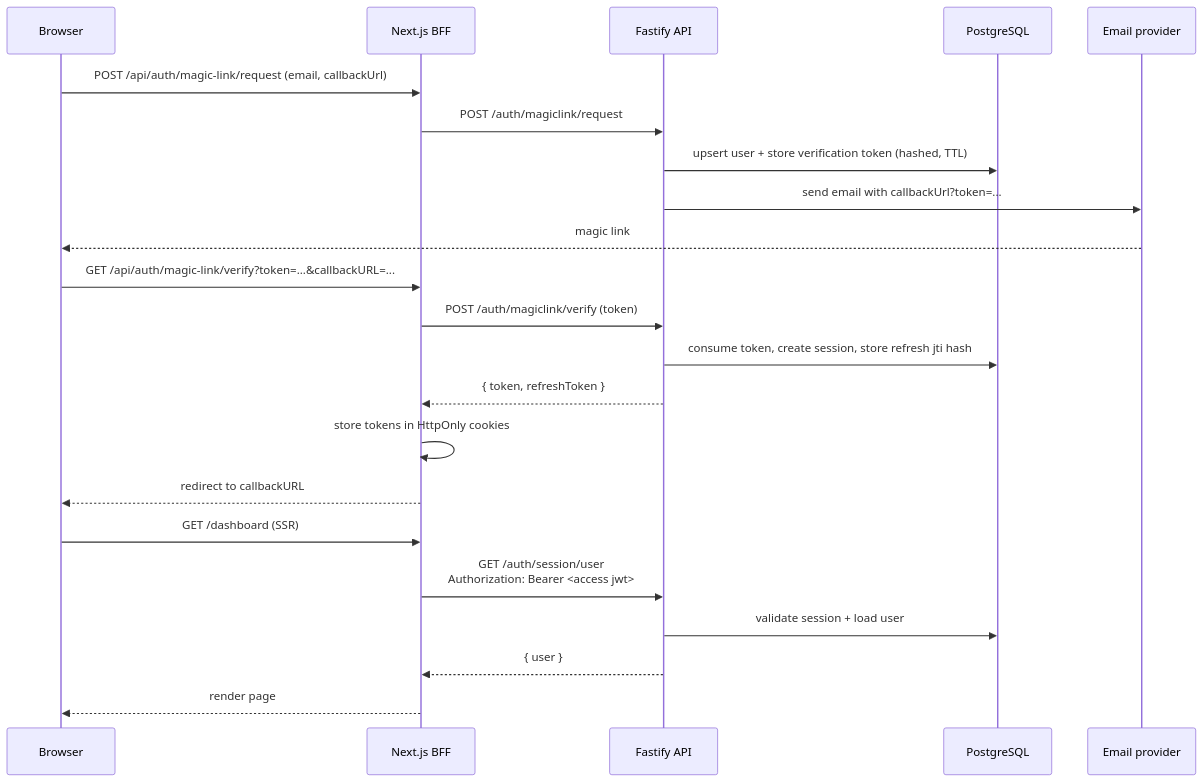
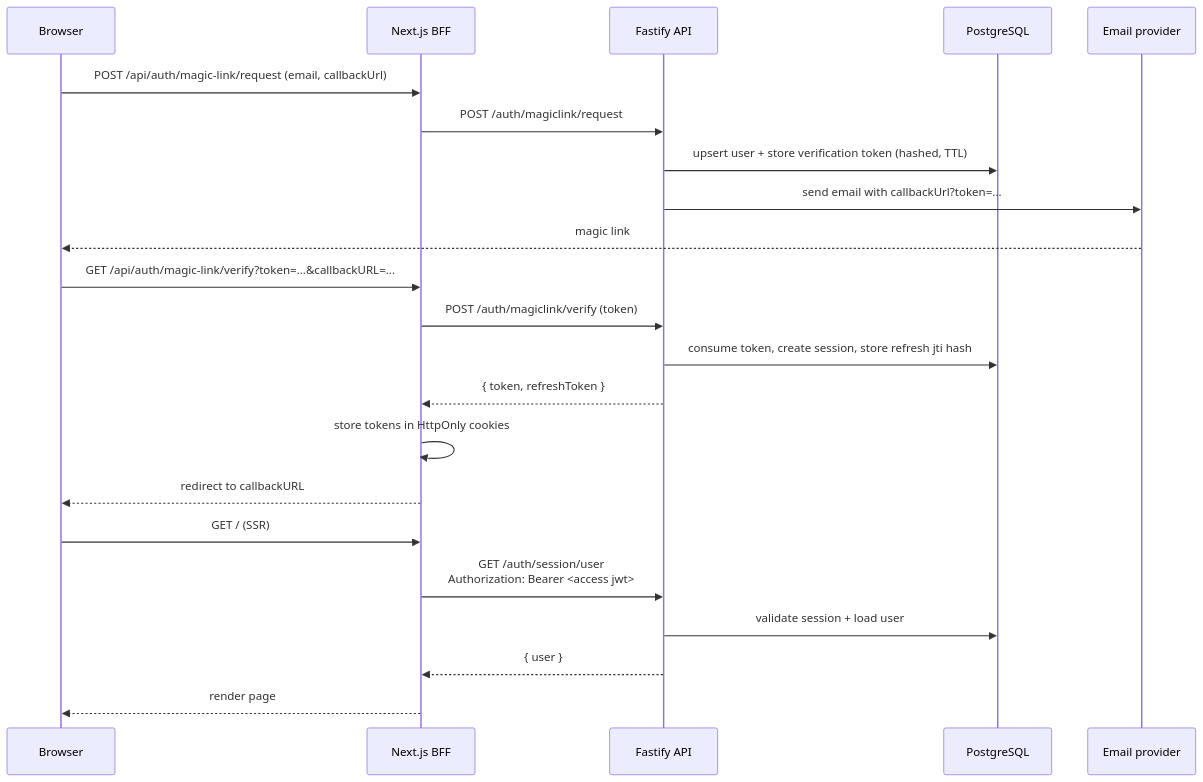
The fifth of 5 diagrams in apps/docu/content/docs/architecture/authentication.mdx (blockmatic/basilic), drawn with Mermaid before and after one commit. The commit also changed 31 other files, not shown here.

Commit message:
feat(next): multi-wallet login flow with two-step UI and Synpress E2E

````diff
--- a/apps/docu/content/docs/architecture/authentication.mdx
+++ b/apps/docu/content/docs/architecture/authentication.mdx
@@ -240,27 +240,27 @@
 ```mermaid
 sequenceDiagram
   participant Browser
   participant NextBFF as Next.js BFF
   participant FastifyAPI as Fastify API
   participant DB as PostgreSQL
   participant Email as Email provider
 
   Browser->>NextBFF: POST /api/auth/magic-link/request (email, callbackUrl)
   NextBFF->>FastifyAPI: POST /auth/magiclink/request
   FastifyAPI->>DB: upsert user + store verification token (hashed, TTL)
   FastifyAPI->>Email: send email with callbackUrl?token=...
   Email-->>Browser: magic link
 
   Browser->>NextBFF: GET /api/auth/magic-link/verify?token=...&callbackURL=...
   NextBFF->>FastifyAPI: POST /auth/magiclink/verify (token)
   FastifyAPI->>DB: consume token, create session, store refresh jti hash
   FastifyAPI-->>NextBFF: { token, refreshToken }
   NextBFF->>NextBFF: store tokens in HttpOnly cookies
   NextBFF-->>Browser: redirect to callbackURL
 
-  Browser->>NextBFF: GET /dashboard (SSR)
+  Browser->>NextBFF: GET / (SSR)
   NextBFF->>FastifyAPI: GET /auth/session/user<br/>Authorization: Bearer <access jwt>
   FastifyAPI->>DB: validate session + load user
   FastifyAPI-->>NextBFF: { user }
   NextBFF-->>Browser: render page
 ```
````
